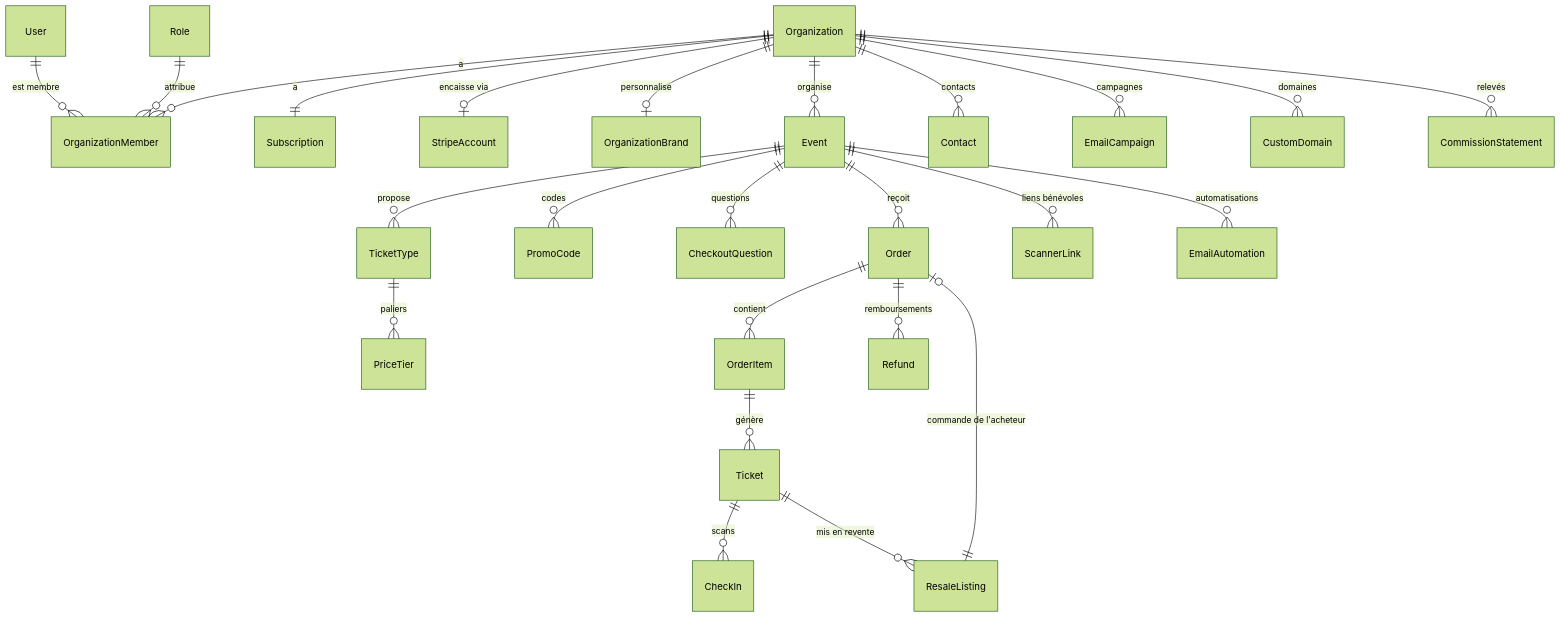
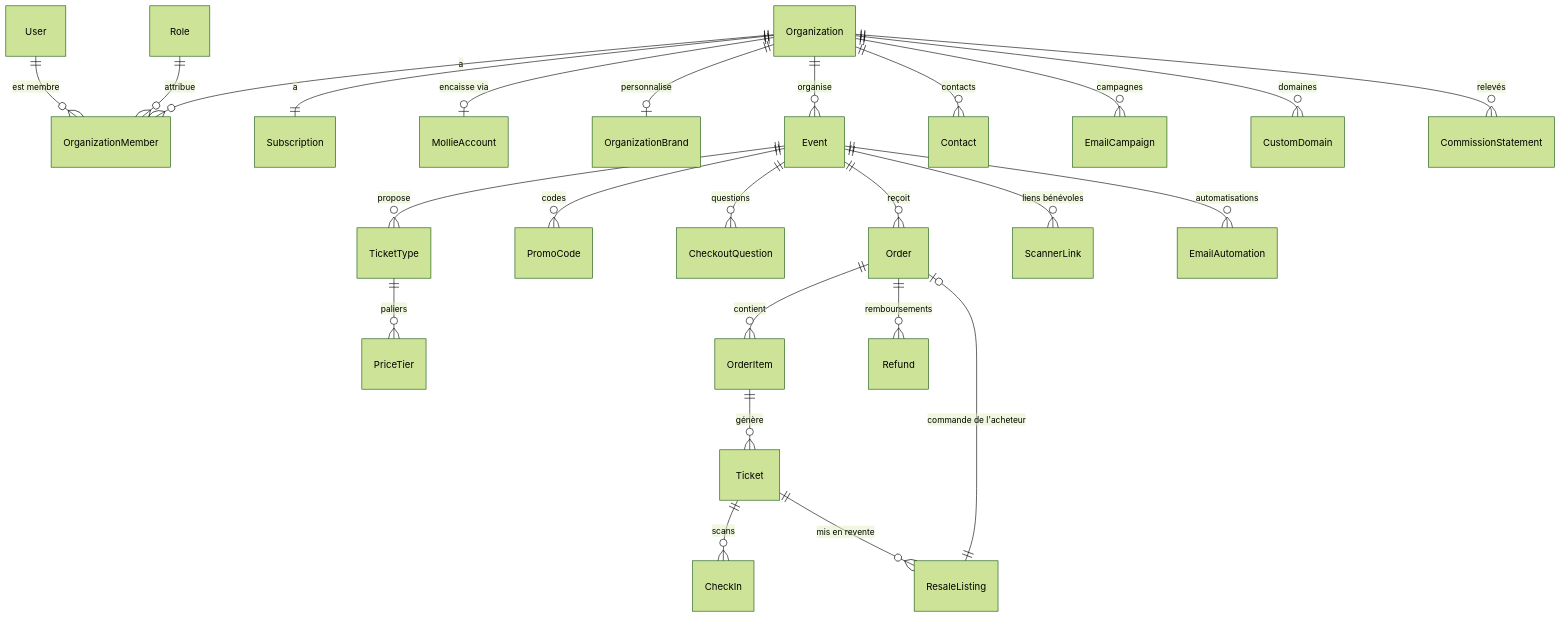
One commit to baptisthecht/evoly-app changed the diagram in docs/CDC.md. Above: the diagram before and after it, drawn with Mermaid (forest theme). The commit also changed other lines of this file and 217 other files, not shown here.

````diff
--- a/docs/CDC.md
+++ b/docs/CDC.md
@@ -522,27 +522,27 @@
 ```mermaid
 erDiagram
   User ||--o{ OrganizationMember : "est membre"
   Organization ||--o{ OrganizationMember : "a"
   Role ||--o{ OrganizationMember : "attribue"
   Organization ||--|| Subscription : "a"
-  Organization ||--o| StripeAccount : "encaisse via"
+  Organization ||--o| MollieAccount : "encaisse via"
   Organization ||--o| OrganizationBrand : "personnalise"
   Organization ||--o{ Event : "organise"
   Event ||--o{ TicketType : "propose"
   TicketType ||--o{ PriceTier : "paliers"
   Event ||--o{ PromoCode : "codes"
   Event ||--o{ CheckoutQuestion : "questions"
   Event ||--o{ Order : "reçoit"
   Order ||--o{ OrderItem : "contient"
   OrderItem ||--o{ Ticket : "génère"
   Ticket ||--o{ CheckIn : "scans"
   Ticket ||--o{ ResaleListing : "mis en revente"
   ResaleListing ||--o| Order : "commande de l'acheteur"
   Order ||--o{ Refund : "remboursements"
   Event ||--o{ ScannerLink : "liens bénévoles"
   Organization ||--o{ Contact : "contacts"
   Organization ||--o{ EmailCampaign : "campagnes"
   Event ||--o{ EmailAutomation : "automatisations"
   Organization ||--o{ CustomDomain : "domaines"
   Organization ||--o{ CommissionStatement : "relevés"
 ```
````
